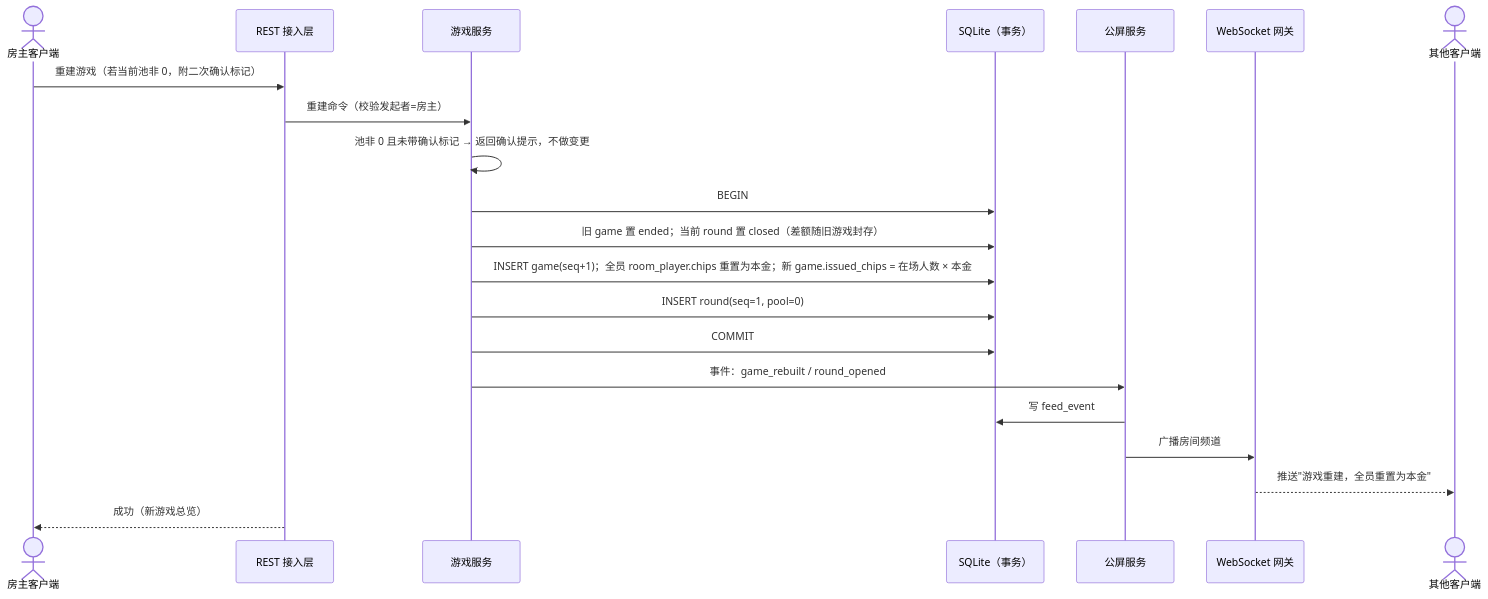
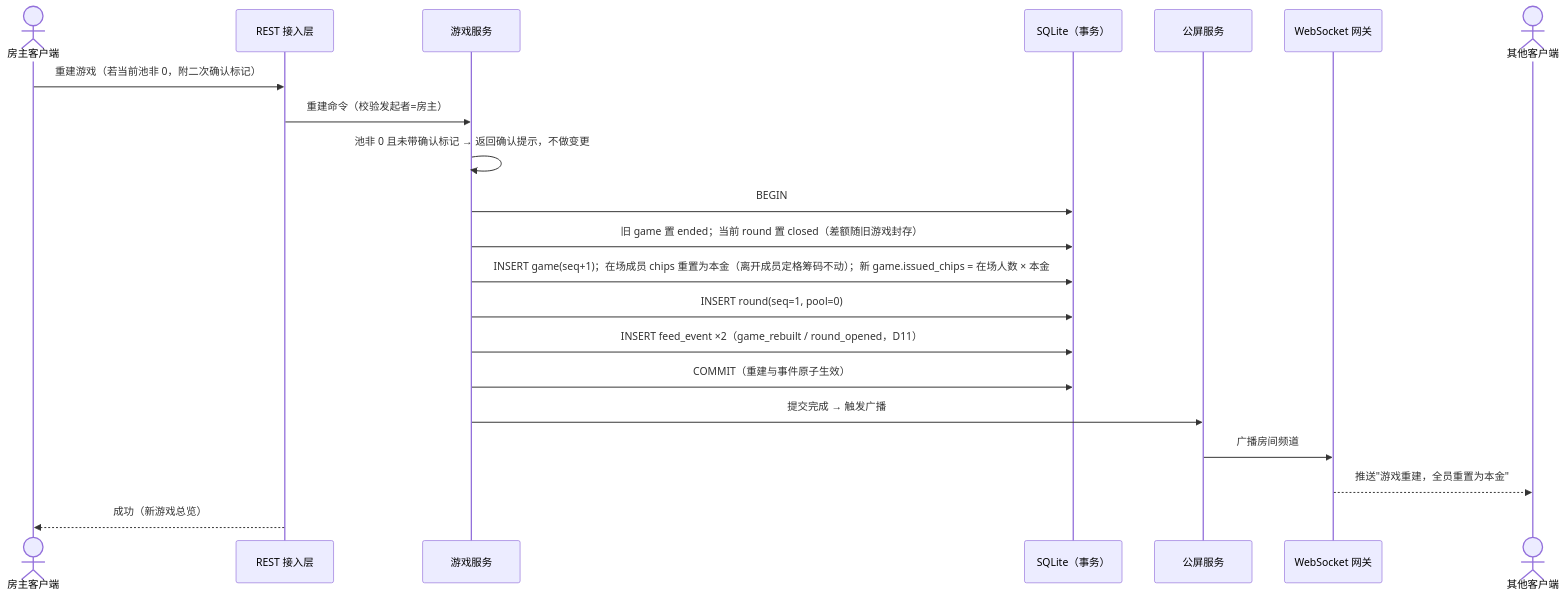
The eighth of 11 diagrams in doc/design.md (theozhang32/chips-counter), drawn with Mermaid before and after one commit. The commit also changed other lines of this file and 70 other files, not shown here.

````diff
--- a/doc/design.md
+++ b/doc/design.md
@@ -503,24 +548,24 @@
 ```mermaid
 sequenceDiagram
     actor H as 房主客户端
     participant API as REST 接入层
     participant GS as 游戏服务
     participant DB as SQLite（事务）
     participant FS as 公屏服务
     participant WS as WebSocket 网关
     actor O as 其他客户端
 
     H->>API: 重建游戏（若当前池非 0，附二次确认标记）
     API->>GS: 重建命令（校验发起者=房主）
     GS->>GS: 池非 0 且未带确认标记 → 返回确认提示，不做变更
     GS->>DB: BEGIN
     GS->>DB: 旧 game 置 ended；当前 round 置 closed（差额随旧游戏封存）
-    GS->>DB: INSERT game(seq+1)；全员 room_player.chips 重置为本金；新 game.issued_chips = 在场人数 × 本金
+    GS->>DB: INSERT game(seq+1)；在场成员 chips 重置为本金（离开成员定格筹码不动）；新 game.issued_chips = 在场人数 × 本金
     GS->>DB: INSERT round(seq=1, pool=0)
-    GS->>DB: COMMIT
-    GS->>FS: 事件：game_rebuilt / round_opened
-    FS->>DB: 写 feed_event
+    GS->>DB: INSERT feed_event ×2（game_rebuilt / round_opened，D11）
+    GS->>DB: COMMIT（重建与事件原子生效）
+    GS->>FS: 提交完成 → 触发广播
     FS->>WS: 广播房间频道
     WS-->>O: 推送"游戏重建，全员重置为本金"
     API-->>H: 成功（新游戏总览）
 ```
````
